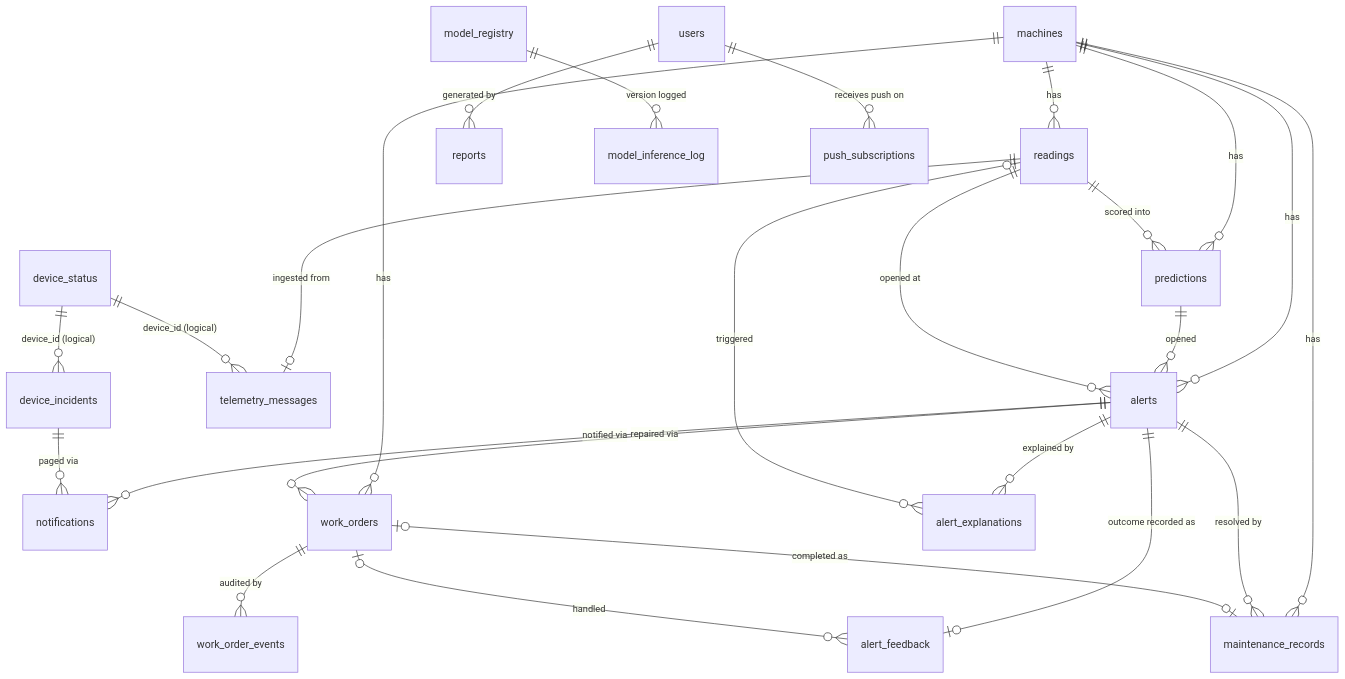
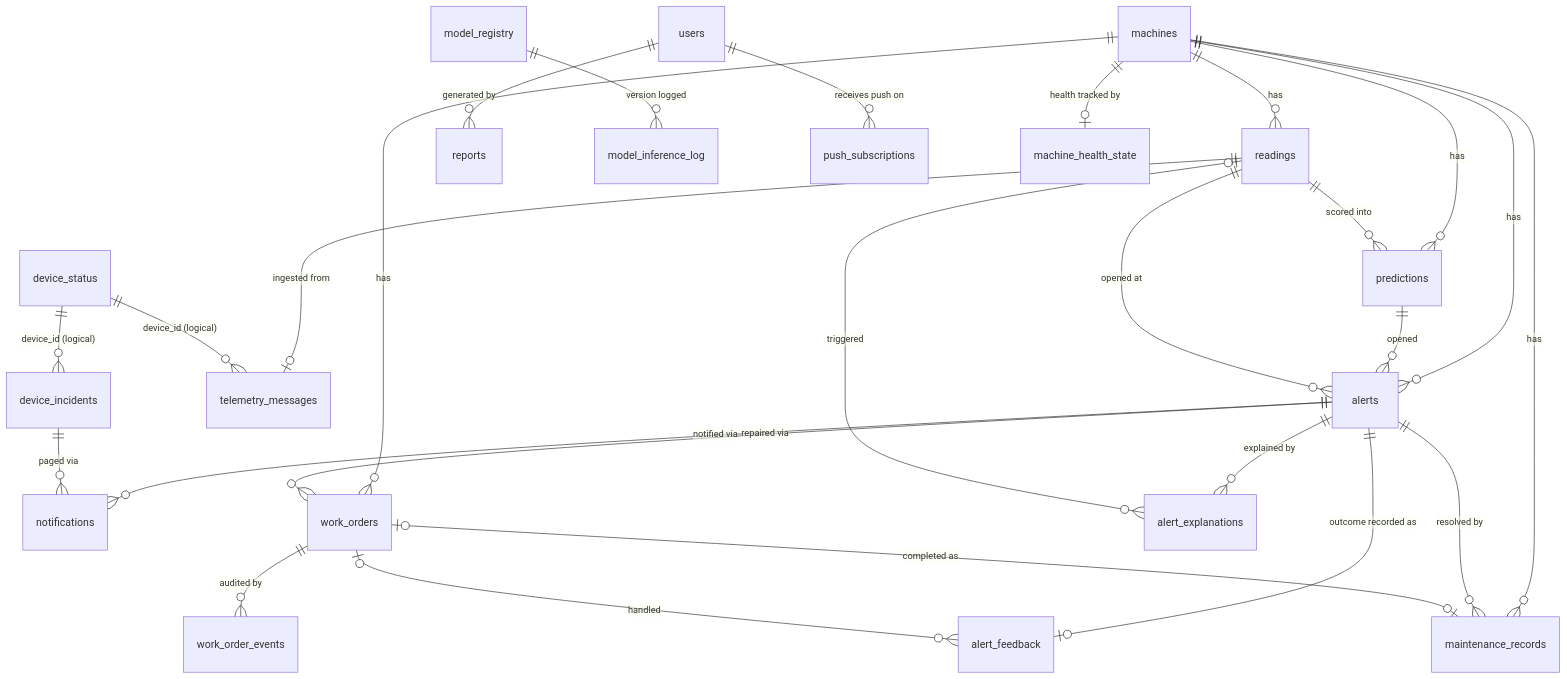
Before and after one commit to Dheeraj2209/MaintainIQ: the first of 2 diagrams in docs/DATA_MODEL.md, drawn with Mermaid. The commit also changed other lines of this file, not shown here.

````diff
--- a/docs/DATA_MODEL.md
+++ b/docs/DATA_MODEL.md
@@ -14,27 +14,28 @@
 ```mermaid
 erDiagram
     machines ||--o{ readings : has
     machines ||--o{ predictions : has
     machines ||--o{ alerts : has
     machines ||--o{ maintenance_records : has
     readings ||--o{ predictions : "scored into"
     alerts ||--o{ maintenance_records : "resolved by"
     alerts ||--o{ notifications : "notified via"
     users ||--o{ reports : "generated by"
     model_registry ||--o{ model_inference_log : "version logged"
     readings ||--o| telemetry_messages : "ingested from"
     device_status ||--o{ telemetry_messages : "device_id (logical)"
     device_status ||--o{ device_incidents : "device_id (logical)"
     device_incidents ||--o{ notifications : "paged via"
     machines ||--o{ work_orders : has
     alerts ||--o{ work_orders : "repaired via"
     work_orders ||--o{ work_order_events : "audited by"
     work_orders |o--o| maintenance_records : "completed as"
     alerts ||--o| alert_feedback : "outcome recorded as"
     predictions ||--o{ alerts : "opened"
     readings ||--o{ alerts : "opened at"
     work_orders |o--o{ alert_feedback : "handled"
     alerts ||--o{ alert_explanations : "explained by"
     readings |o--o{ alert_explanations : "triggered"
     users ||--o{ push_subscriptions : "receives push on"
+    machines ||--o| machine_health_state : "health tracked by"
 ```
````
